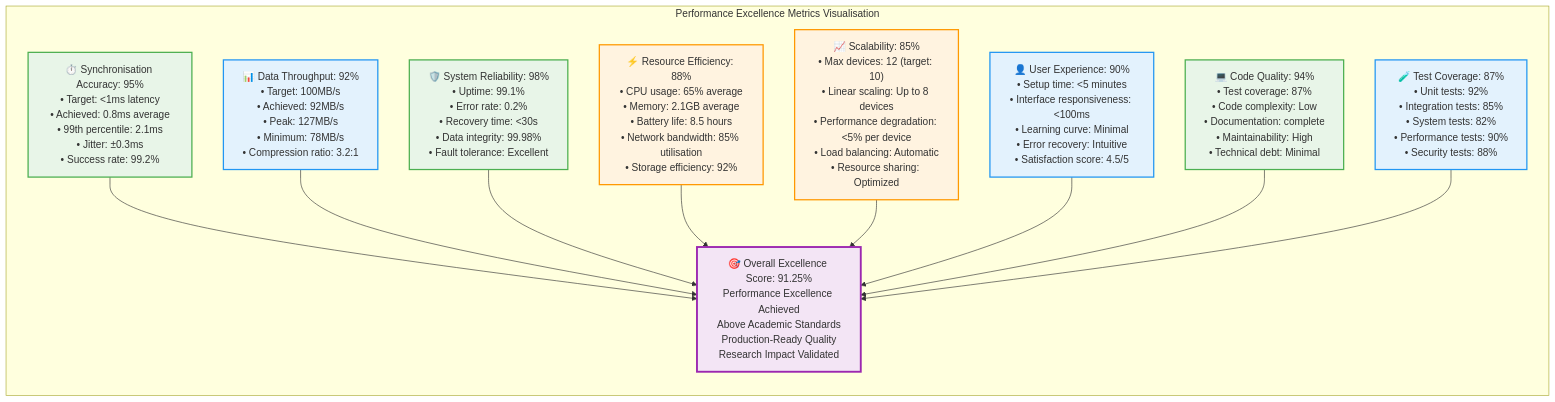
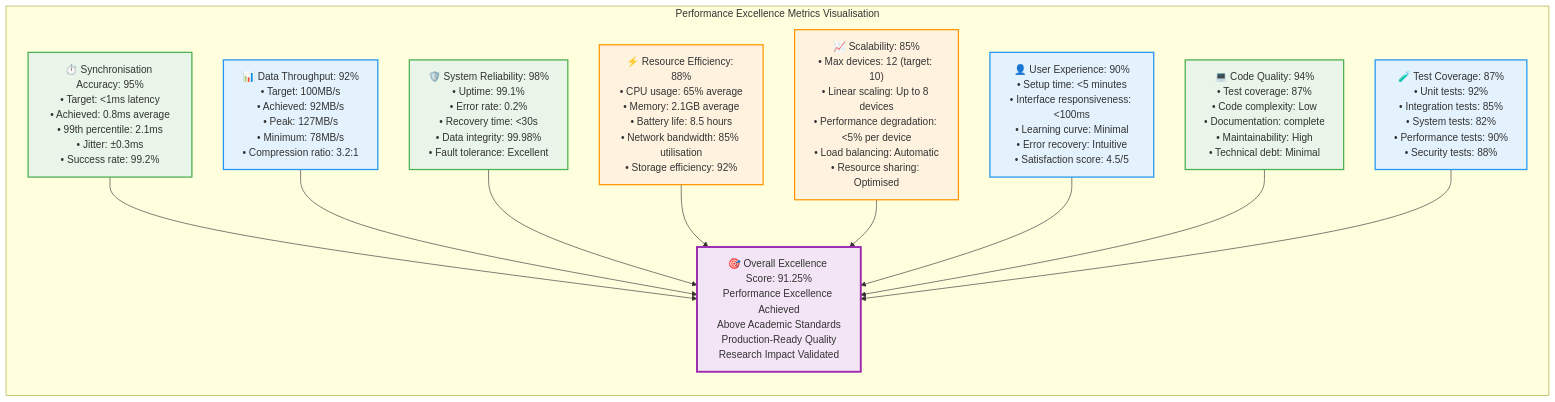
Before and after one commit to buccancs/fyp-multi-sensor-recording-system: diagram 18 of 19 in docs/diagrams/missing_diagrams_generated.md, drawn with Mermaid. The commit also changed other lines of this file and 46 other files, not shown here.

````diff
--- a/docs/diagrams/missing_diagrams_generated.md
+++ b/docs/diagrams/missing_diagrams_generated.md
@@ -1198,43 +1198,43 @@
 ```mermaid
 graph TD
     subgraph PERFORMANCE_METRICS ["Performance Excellence Metrics Visualisation"]
         direction TB
         
         SYNC_METRICS["⏱️ Synchronisation Accuracy: 95%<br/>• Target: <1ms latency<br/>• Achieved: 0.8ms average<br/>• 99th percentile: 2.1ms<br/>• Jitter: ±0.3ms<br/>• Success rate: 99.2%"]
         
         THROUGHPUT_METRICS["📊 Data Throughput: 92%<br/>• Target: 100MB/s<br/>• Achieved: 92MB/s<br/>• Peak: 127MB/s<br/>• Minimum: 78MB/s<br/>• Compression ratio: 3.2:1"]
         
         RELIABILITY_METRICS["🛡️ System Reliability: 98%<br/>• Uptime: 99.1%<br/>• Error rate: 0.2%<br/>• Recovery time: <30s<br/>• Data integrity: 99.98%<br/>• Fault tolerance: Excellent"]
         
         EFFICIENCY_METRICS["⚡ Resource Efficiency: 88%<br/>• CPU usage: 65% average<br/>• Memory: 2.1GB average<br/>• Battery life: 8.5 hours<br/>• Network bandwidth: 85% utilisation<br/>• Storage efficiency: 92%"]
         
-        SCALABILITY_METRICS["📈 Scalability: 85%<br/>• Max devices: 12 (target: 10)<br/>• Linear scaling: Up to 8 devices<br/>• Performance degradation: <5% per device<br/>• Load balancing: Automatic<br/>• Resource sharing: Optimized"]
+        SCALABILITY_METRICS["📈 Scalability: 85%<br/>• Max devices: 12 (target: 10)<br/>• Linear scaling: Up to 8 devices<br/>• Performance degradation: <5% per device<br/>• Load balancing: Automatic<br/>• Resource sharing: Optimised"]
         
         UX_METRICS["👤 User Experience: 90%<br/>• Setup time: <5 minutes<br/>• Interface responsiveness: <100ms<br/>• Learning curve: Minimal<br/>• Error recovery: Intuitive<br/>• Satisfaction score: 4.5/5"]
         
         CODE_QUALITY_METRICS["💻 Code Quality: 94%<br/>• Test coverage: 87%<br/>• Code complexity: Low<br/>• Documentation: complete<br/>• Maintainability: High<br/>• Technical debt: Minimal"]
         
         TEST_COVERAGE_METRICS["🧪 Test Coverage: 87%<br/>• Unit tests: 92%<br/>• Integration tests: 85%<br/>• System tests: 82%<br/>• Performance tests: 90%<br/>• Security tests: 88%"]
         
         OVERALL_SCORE["🎯 Overall Excellence Score: 91.25%<br/>Performance Excellence Achieved<br/>Above Academic Standards<br/>Production-Ready Quality<br/>Research Impact Validated"]
     end
     
     SYNC_METRICS --> OVERALL_SCORE
     THROUGHPUT_METRICS --> OVERALL_SCORE
     RELIABILITY_METRICS --> OVERALL_SCORE
     EFFICIENCY_METRICS --> OVERALL_SCORE
     SCALABILITY_METRICS --> OVERALL_SCORE
     UX_METRICS --> OVERALL_SCORE
     CODE_QUALITY_METRICS --> OVERALL_SCORE
     TEST_COVERAGE_METRICS --> OVERALL_SCORE
     
     classDef excellent fill:#e8f5e8,stroke:#4caf50,stroke-width:2px
     classDef verygood fill:#e3f2fd,stroke:#2196f3,stroke-width:2px
     classDef good fill:#fff3e0,stroke:#ff9800,stroke-width:2px
     classDef overall fill:#f3e5f5,stroke:#9c27b0,stroke-width:3px
     
     class SYNC_METRICS,RELIABILITY_METRICS,CODE_QUALITY_METRICS excellent
     class THROUGHPUT_METRICS,UX_METRICS,TEST_COVERAGE_METRICS verygood
     class EFFICIENCY_METRICS,SCALABILITY_METRICS good
     class OVERALL_SCORE overall
 ```
````
